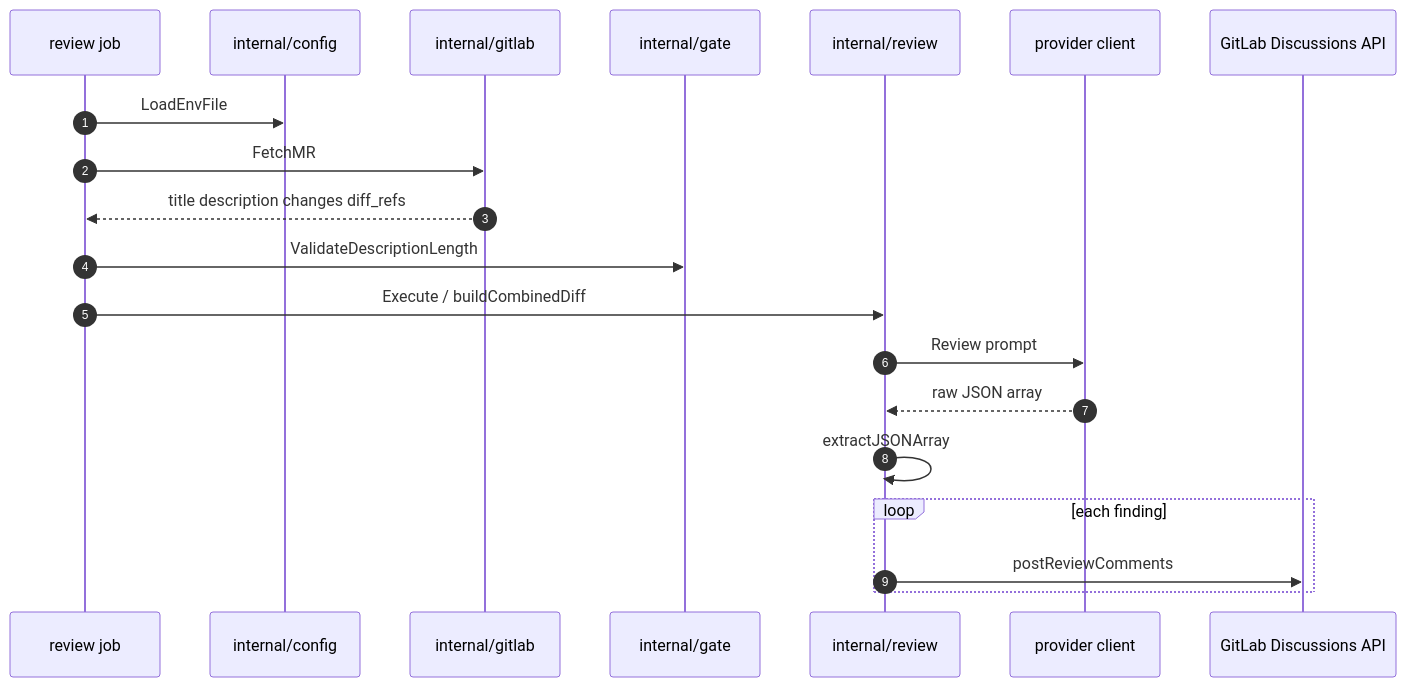
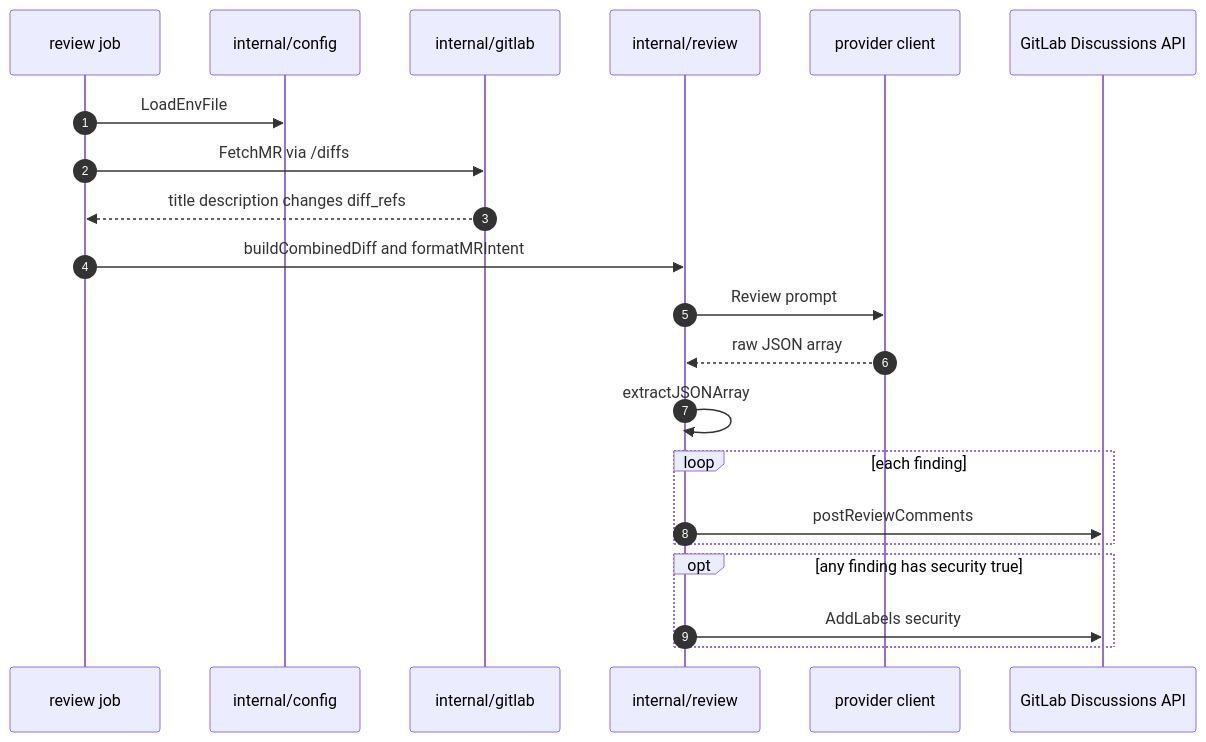
One commit to csning1998/gitlab-ci-with-code-reviewer changed the diagram in documentation/mechanisms/review.md. Above: the diagram before and after it, drawn with Mermaid. The commit also changed other lines of this file and 11 other files, not shown here.

````diff
--- a/documentation/mechanisms/review.md
+++ b/documentation/mechanisms/review.md
@@ -19,23 +20,24 @@
 ```mermaid
 sequenceDiagram
     autonumber
     participant Job as review job
     participant Cfg as internal/config
     participant GL as internal/gitlab
-    participant Gate as internal/gate
     participant Diff as internal/review
     participant LLM as provider client
     participant API as GitLab Discussions API
 
     Job->>Cfg: LoadEnvFile
-    Job->>GL: FetchMR
+    Job->>GL: FetchMR via /diffs
     GL-->>Job: title description changes diff_refs
-    Job->>Gate: ValidateDescriptionLength
-    Job->>Diff: Execute / buildCombinedDiff
+    Job->>Diff: buildCombinedDiff and formatMRIntent
     Diff->>LLM: Review prompt
     LLM-->>Diff: raw JSON array
     Diff->>Diff: extractJSONArray
     loop each finding
         Diff->>API: postReviewComments
     end
+    opt any finding has security true
+        Diff->>API: AddLabels security
+    end
 ```
````
